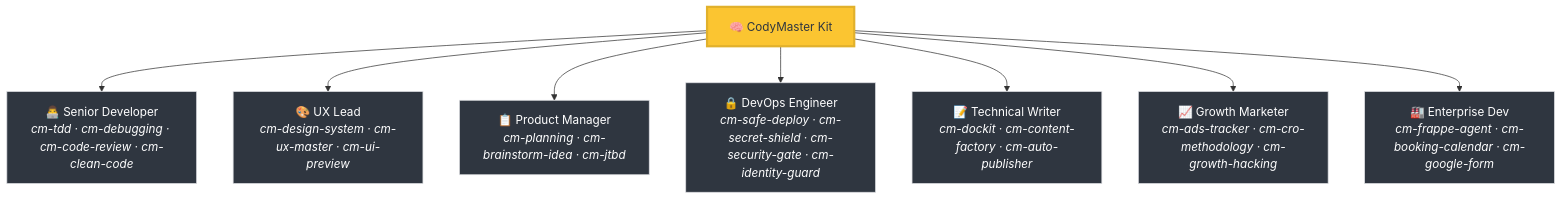
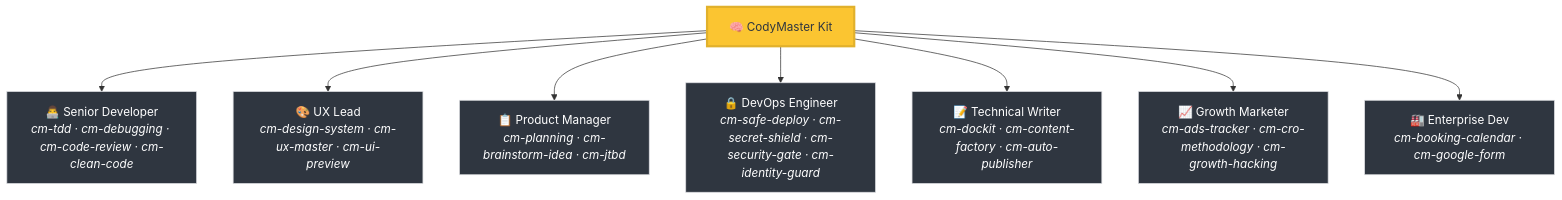
Before and after one commit to tody-agent/codymaster: the first of 3 diagrams in README.md, drawn with Mermaid. The commit also changed other lines of this file and 56 other files, not shown here.

````diff
--- a/README.md
+++ b/README.md
@@ -66,13 +66,13 @@
 ```mermaid
 graph TD
     A["🧠 CodyMaster Kit"] --> B["👨‍💻 Senior Developer<br/><i>cm-tdd · cm-debugging · cm-code-review · cm-clean-code</i>"]
     A --> C["🎨 UX Lead<br/><i>cm-design-system · cm-ux-master · cm-ui-preview</i>"]
     A --> D["📋 Product Manager<br/><i>cm-planning · cm-brainstorm-idea · cm-jtbd</i>"]
     A --> E["🔒 DevOps Engineer<br/><i>cm-safe-deploy · cm-secret-shield · cm-security-gate · cm-identity-guard</i>"]
     A --> F["📝 Technical Writer<br/><i>cm-dockit · cm-content-factory · cm-auto-publisher</i>"]
     A --> G["📈 Growth Marketer<br/><i>cm-ads-tracker · cm-cro-methodology · cm-growth-hacking</i>"]
-    A --> H["🏭 Enterprise Dev<br/><i>cm-frappe-agent · cm-booking-calendar · cm-google-form</i>"]
+    A --> H["🏭 Enterprise Dev<br/><i>cm-booking-calendar · cm-google-form</i>"]
     style A fill:#fbc531,stroke:#e1b12c,color:#2f3640,stroke-width:3px
     classDef team fill:#2f3640,stroke:#dcdde1,stroke-width:1px,color:#fff;
     class B,C,D,E,F,G,H team;
 ```
````
